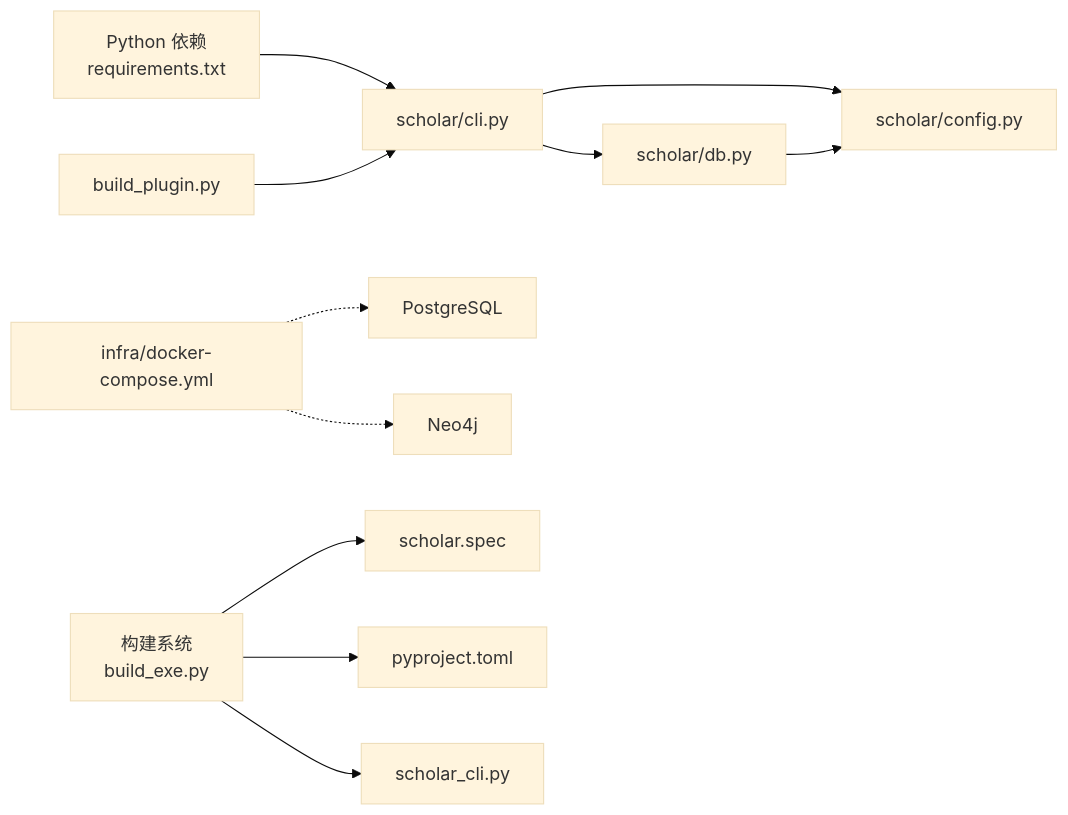
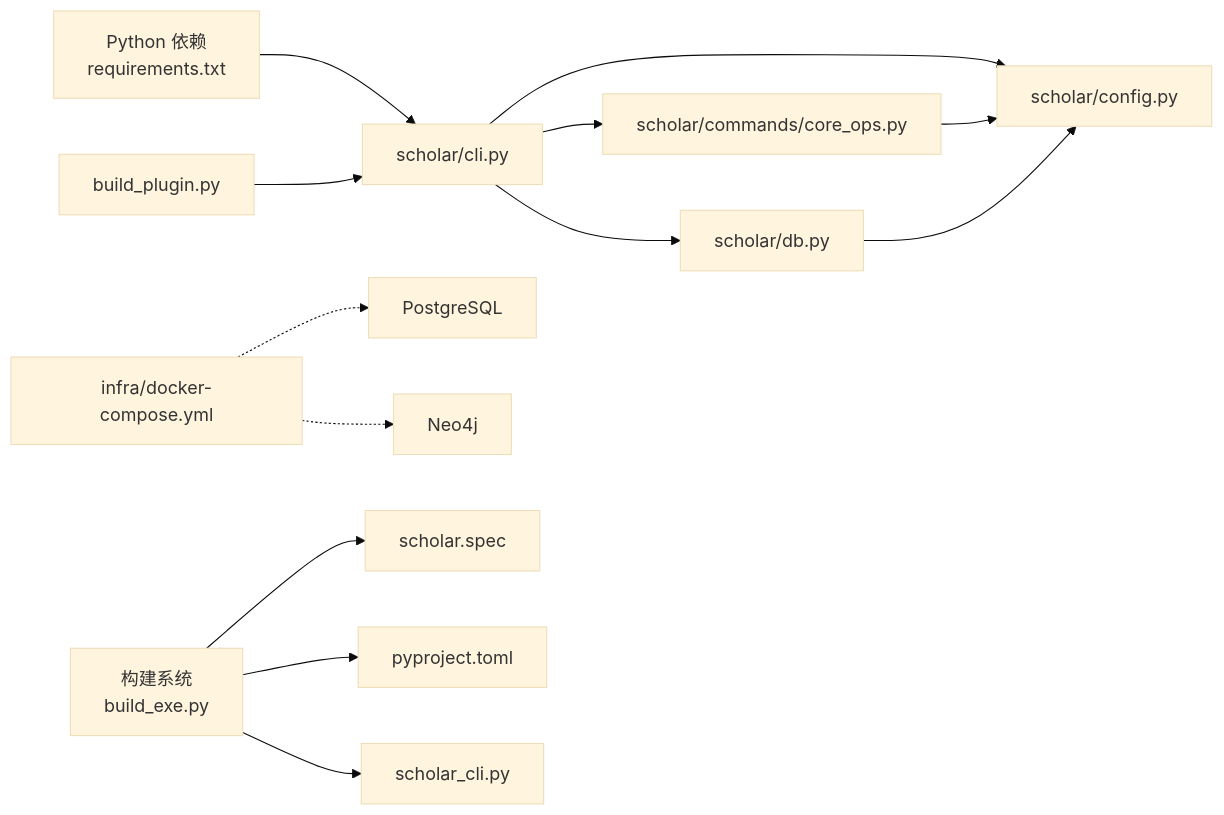
Before and after one commit to 1173591564/academic-based-qoder: the tenth of 10 diagrams in .qoder/repowiki/zh/content/部署与运维/部署与运维.md, drawn with Mermaid (base theme). The commit also changed other lines of this file and 75 other files, not shown here.

````diff
--- a/.qoder/repowiki/zh/content/部署与运维/部署与运维.md
+++ b/.qoder/repowiki/zh/content/部署与运维/部署与运维.md
@@ -571,13 +672,15 @@
 ```mermaid
 graph LR
-CLI["scholar/cli.py"] --> CFG["scholar/config.py"]
+CLI["scholar/cli.py"] --> COREOPS["scholar/commands/core_ops.py"]
+CLI --> CFG["scholar/config.py"]
 CLI --> DB["scholar/db.py"]
+COREOPS --> CFG
 DB --> CFG
 DC["infra/docker-compose.yml"] -.-> PG["PostgreSQL"]
 DC -.-> N4J["Neo4j"]
 PY["Python 依赖<br/>requirements.txt"] --> CLI
 BUILD["构建系统<br/>build_exe.py"] --> SPEC["scholar.spec"]
 BUILD --> SETUP["pyproject.toml"]
 BUILD --> ENDPOINT["scholar_cli.py"]
 PLUGIN["build_plugin.py"] --> CLI
 ```
````
